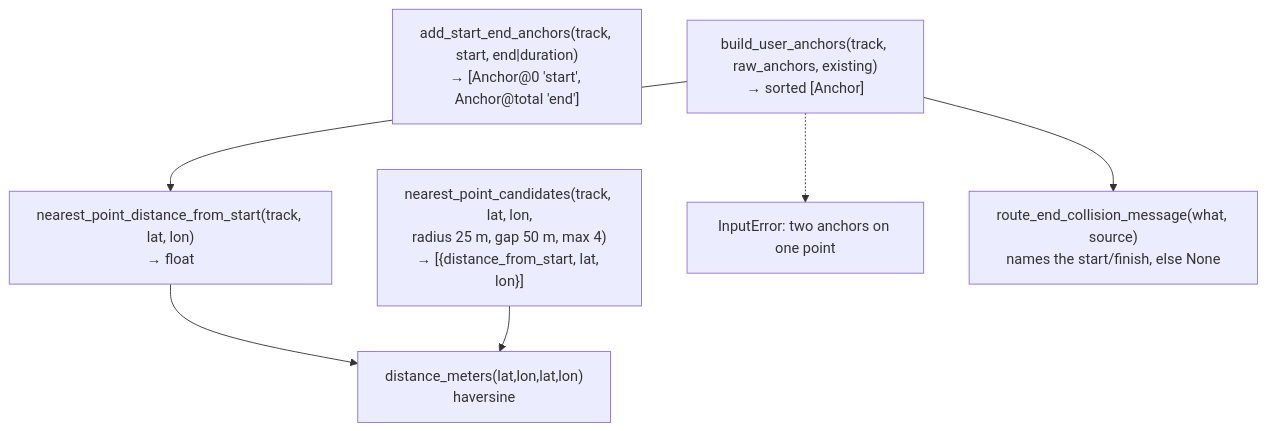
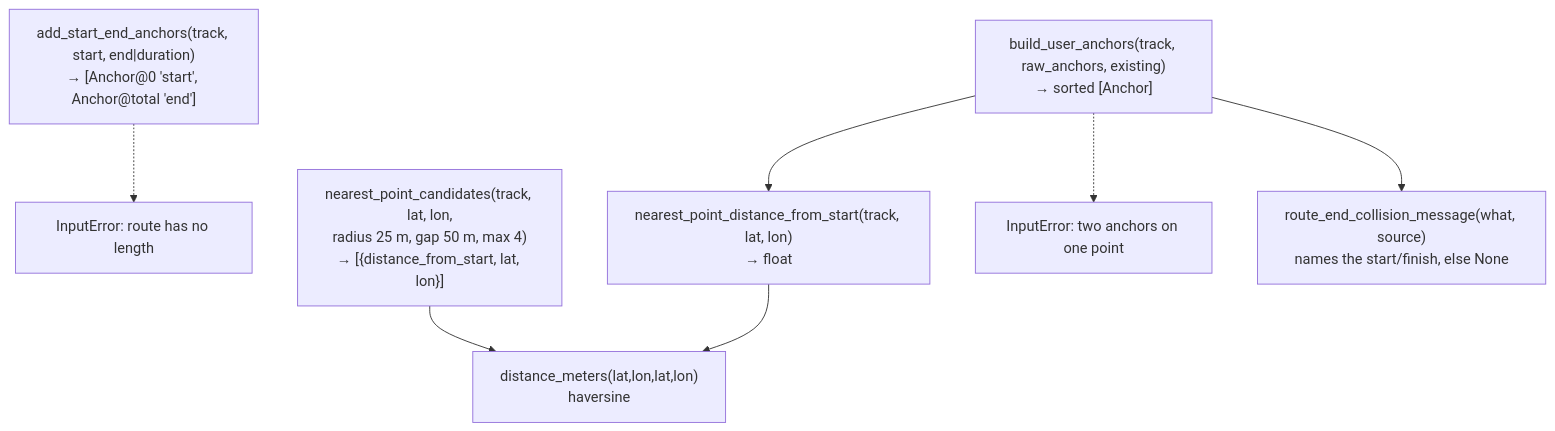
The fourth of 15 diagrams in docs/ARCHITECTURE.md (martin-iflap/GPX_to_FIT), drawn with Mermaid before and after one commit. The commit also changed other lines of this file and 24 other files, not shown here.

````diff
--- a/docs/ARCHITECTURE.md
+++ b/docs/ARCHITECTURE.md
@@ -277,10 +286,11 @@
 ```mermaid
 flowchart TD
   dm["distance_meters(lat,lon,lat,lon)<br/>haversine"]
   np1["nearest_point_distance_from_start(track, lat, lon)<br/>→ float"] --> dm
   npc["nearest_point_candidates(track, lat, lon,<br/>radius 25 m, gap 50 m, max 4)<br/>→ [{distance_from_start, lat, lon}]"] --> dm
   ase["add_start_end_anchors(track, start, end|duration)<br/>→ [Anchor@0 'start', Anchor@total 'end']"]
+  ase -.-> lenerr["InputError: route has no length"]
   bua["build_user_anchors(track, raw_anchors, existing)<br/>→ sorted [Anchor]"] --> np1
   bua -.-> err["InputError: two anchors on one point"]
   bua --> recm["route_end_collision_message(what, source)<br/>names the start/finish, else None"]
 ```
````
